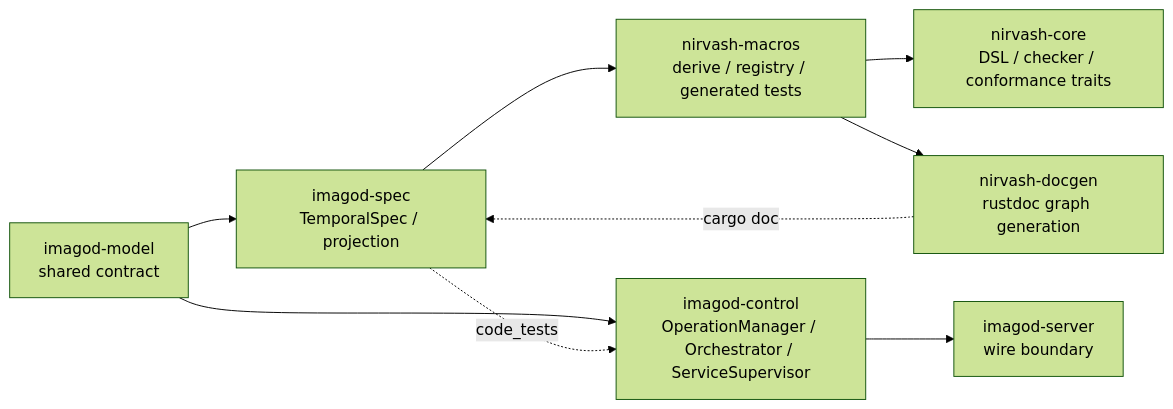
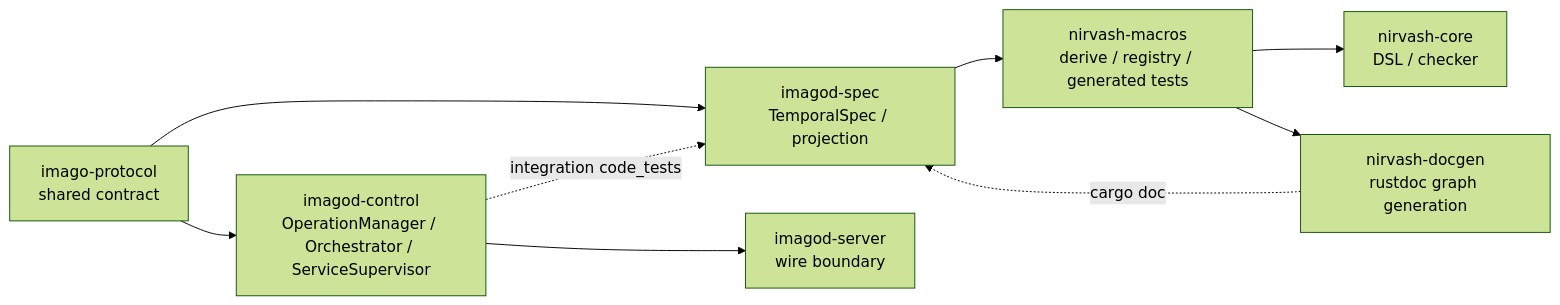
Before and after one commit to yieldspace/imago: the first of 5 diagrams in docs/nirvash-and-imagod-control.md, drawn with Mermaid (forest theme). The commit also changed other lines of this file and 38 other files, not shown here.

Commit message:
Refactor nirvash conformance boundaries

````diff
--- a/docs/nirvash-and-imagod-control.md
+++ b/docs/nirvash-and-imagod-control.md
@@ -8,11 +8,11 @@
 ```mermaid
 flowchart LR
-    A["imagod-model<br/>shared contract"] --> B["imagod-spec<br/>TemporalSpec / projection"]
+    A["imago-protocol<br/>shared contract"] --> B["imagod-spec<br/>TemporalSpec / projection"]
     B --> C["nirvash-macros<br/>derive / registry / generated tests"]
-    C --> D["nirvash-core<br/>DSL / checker / conformance traits"]
+    C --> D["nirvash-core<br/>DSL / checker"]
     C --> E["nirvash-docgen<br/>rustdoc graph generation"]
     A --> F["imagod-control<br/>OperationManager / Orchestrator / ServiceSupervisor"]
     F --> G["imagod-server<br/>wire boundary"]
-    B -. "code_tests" .-> F
+    F -. "integration code_tests" .-> B
     E -. "cargo doc" .-> B
 ```
````
